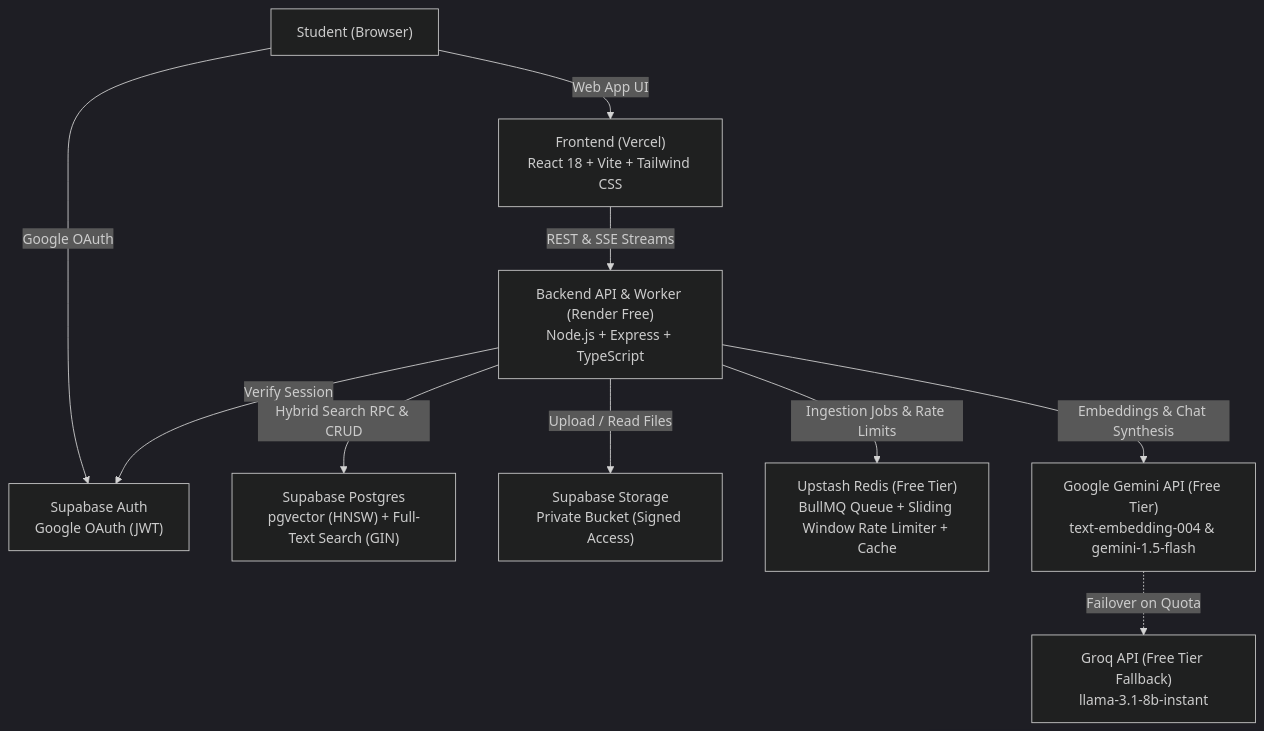
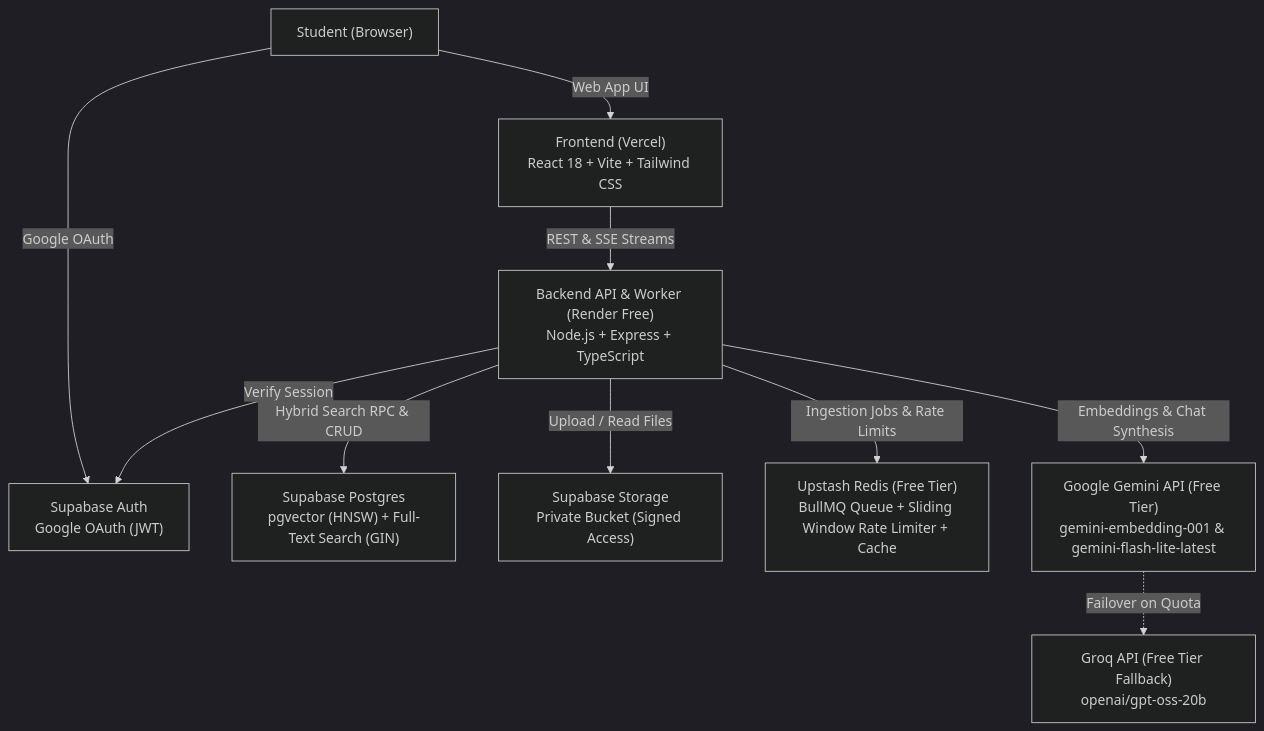
One commit to Aman739-code/AskMyNotes changed the first of 3 diagrams in docs/architecture.md. Above: the diagram before and after it, drawn with Mermaid (dark theme). The commit also changed 36 other files, not shown here.

````diff
--- a/docs/architecture.md
+++ b/docs/architecture.md
@@ -9,22 +9,22 @@
 ```mermaid
 flowchart TD
     User["Student (Browser)"]
     Vercel["Frontend (Vercel)<br/>React 18 + Vite + Tailwind CSS"]
     Render["Backend API & Worker (Render Free)<br/>Node.js + Express + TypeScript"]
     SupabaseAuth["Supabase Auth<br/>Google OAuth (JWT)"]
     SupabaseDB["Supabase Postgres<br/>pgvector (HNSW) + Full-Text Search (GIN)"]
     SupabaseStorage["Supabase Storage<br/>Private Bucket (Signed Access)"]
     UpstashRedis["Upstash Redis (Free Tier)<br/>BullMQ Queue + Sliding Window Rate Limiter + Cache"]
-    Gemini["Google Gemini API (Free Tier)<br/>text-embedding-004 & gemini-1.5-flash"]
-    Groq["Groq API (Free Tier Fallback)<br/>llama-3.1-8b-instant"]
+    Gemini["Google Gemini API (Free Tier)<br/>gemini-embedding-001 & gemini-flash-lite-latest"]
+    Groq["Groq API (Free Tier Fallback)<br/>openai/gpt-oss-20b"]
 
     User -->|"Google OAuth"| SupabaseAuth
     User -->|"Web App UI"| Vercel
     Vercel -->|"REST & SSE Streams"| Render
     Render -->|"Verify Session"| SupabaseAuth
     Render -->|"Ingestion Jobs & Rate Limits"| UpstashRedis
     Render -->|"Upload / Read Files"| SupabaseStorage
     Render -->|"Hybrid Search RPC & CRUD"| SupabaseDB
     Render -->|"Embeddings & Chat Synthesis"| Gemini
     Gemini -.->|"Failover on Quota"| Groq
 ```
````
